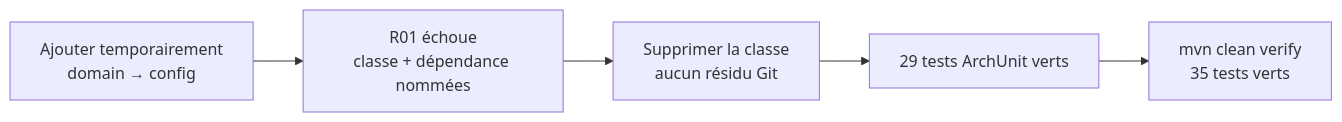
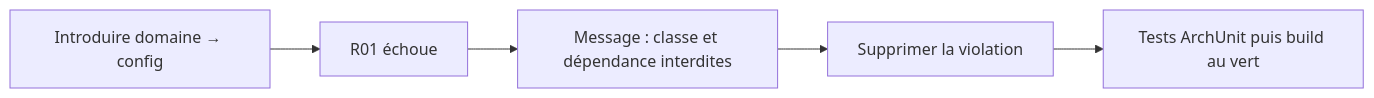
The seventh of 11 diagrams in slidev/pages/weeks/W001.md (amrine/from-dev-to-architect), drawn with Mermaid before and after one commit. The commit also changed other lines of this file and 3 other files, not shown here.

````diff
--- a/slidev/pages/weeks/W001.md
+++ b/slidev/pages/weeks/W001.md
@@ -2923,7 +874,7 @@
-```mermaid {scale: 0.62}
+```mermaid {scale: 0.7}
 flowchart LR
-  A["Ajouter temporairement<br/>domain → config"] --> B["R01 échoue<br/>classe + dépendance nommées"]
-  B --> C["Supprimer la classe<br/>aucun résidu Git"]
-  C --> D["29 tests ArchUnit verts"]
-  D --> E["mvn clean verify<br/>35 tests verts"]
+  V[Introduire domaine → config] --> R[R01 échoue]
+  R --> M[Message : classe et dépendance interdites]
+  M --> C[Supprimer la violation]
+  C --> G[Tests ArchUnit puis build au vert]
 ```
````
